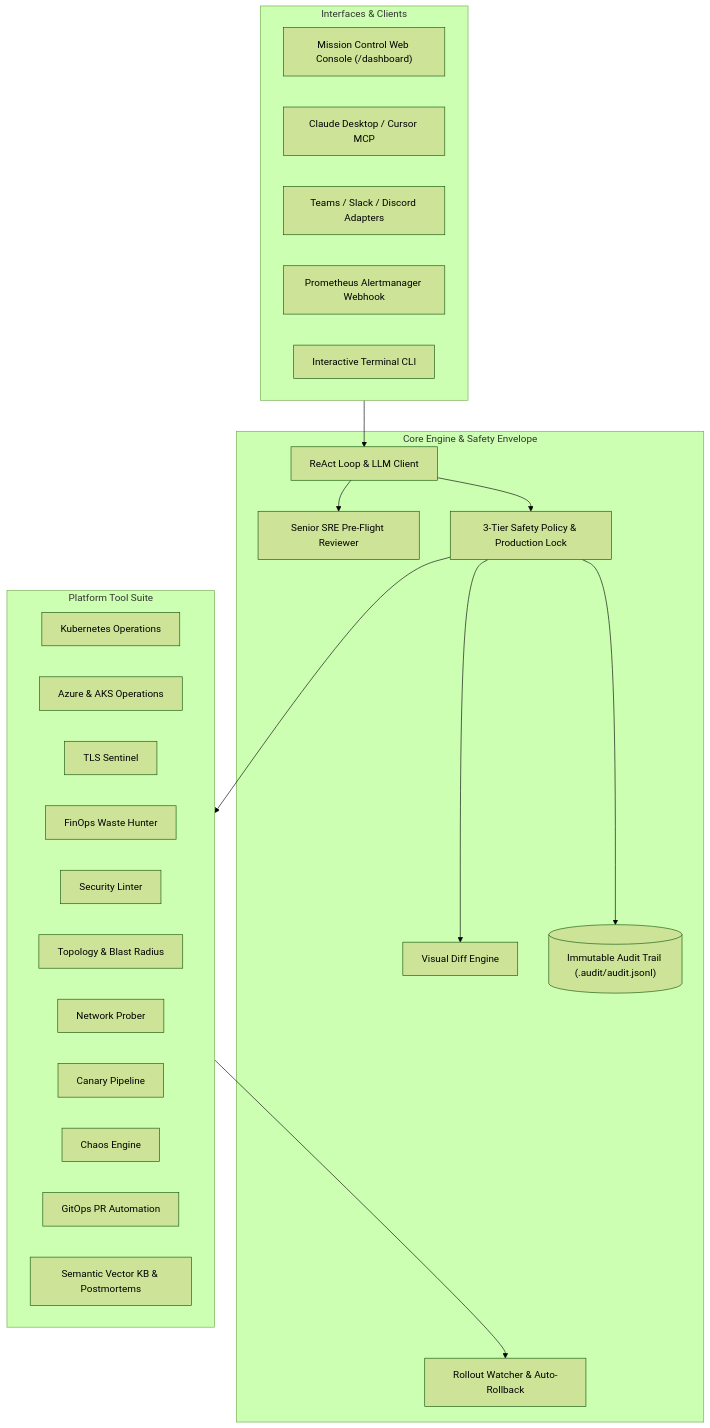
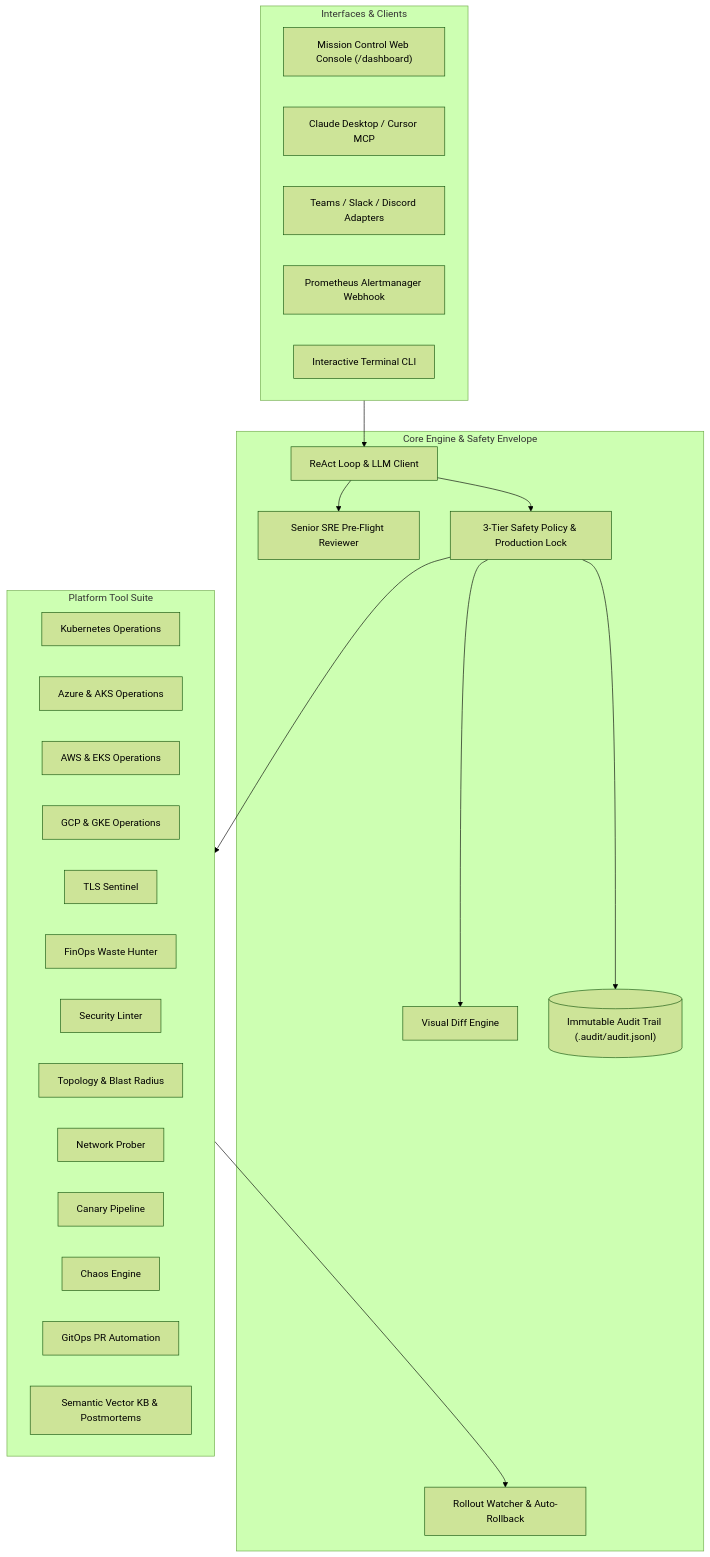
One commit to williamsjoshua005/devops-agent changed the diagram in docs/specs/README.md. Above: the diagram before and after it, drawn with Mermaid (forest theme). The commit also changed other lines of this file and 10 other files, not shown here.

````diff
--- a/docs/specs/README.md
+++ b/docs/specs/README.md
@@ -71,41 +75,43 @@
 ```mermaid
 graph TD
     subgraph Interfaces_Clients ["Interfaces & Clients"]
         Web["Mission Control Web Console (/dashboard)"]
         MCPClient["Claude Desktop / Cursor MCP"]
         ChatOps["Teams / Slack / Discord Adapters"]
         Alerts["Prometheus Alertmanager Webhook"]
         CLI["Interactive Terminal CLI"]
     end
 
     subgraph Core_Engine ["Core Engine & Safety Envelope"]
         Harness["ReAct Loop & LLM Client"]
         SRE["Senior SRE Pre-Flight Reviewer"]
         Guardrails["3-Tier Safety Policy & Production Lock"]
         Diff["Visual Diff Engine"]
         Watcher["Rollout Watcher & Auto-Rollback"]
         Audit[("Immutable Audit Trail (.audit/audit.jsonl)")]
     end
 
     subgraph Platform_Tools ["Platform Tool Suite"]
         K8s["Kubernetes Operations"]
         Azure["Azure & AKS Operations"]
+        AWS["AWS & EKS Operations"]
+        GCP["GCP & GKE Operations"]
         Certs["TLS Sentinel"]
         FinOps["FinOps Waste Hunter"]
         Sec["Security Linter"]
         Topo["Topology & Blast Radius"]
         Net["Network Prober"]
         Canary["Canary Pipeline"]
         Chaos["Chaos Engine"]
         GitOps["GitOps PR Automation"]
         KB["Semantic Vector KB & Postmortems"]
     end
 
     Interfaces_Clients --> Harness
     Harness --> SRE
     Harness --> Guardrails
     Guardrails --> Diff
     Guardrails --> Audit
     Guardrails --> Platform_Tools
     Platform_Tools --> Watcher
 ```
````
